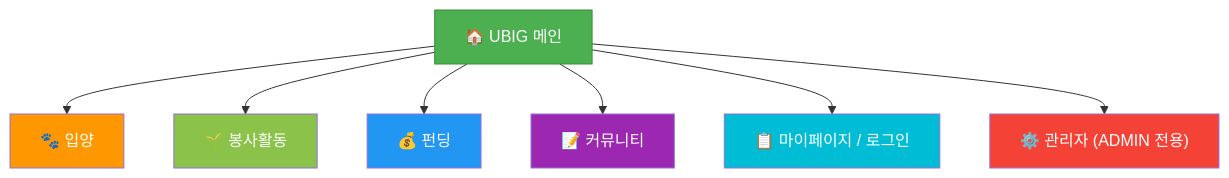
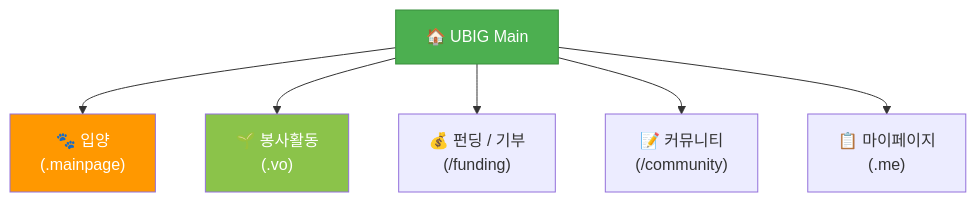
The first of 3 diagrams in ia.md (KJH-Portfolio/202511-stray-dog-volunteer), drawn with Mermaid before and after one commit. The commit also changed other lines of this file and 5 other files, not shown here.

````diff
--- a/ia.md
+++ b/ia.md
@@ -19,18 +19,13 @@
 ```mermaid
 graph TD
-    ROOT["🏠 UBIG 메인"]
-    ROOT --> NAV_ADOPT["🐾 입양"]
-    ROOT --> NAV_VOL["🌱 봉사활동"]
-    ROOT --> NAV_FUND["💰 펀딩"]
-    ROOT --> NAV_COMM["📝 커뮤니티"]
-    ROOT --> NAV_MY["📋 마이페이지 / 로그인"]
-    ROOT --> NAV_ADMIN["⚙️ 관리자 (ADMIN 전용)"]
+    ROOT["🏠 UBIG Main"]
+    ROOT --> NAV_ADOPT["🐾 입양<br/>(.mainpage)"]
+    ROOT --> NAV_VOL["🌱 봉사활동<br/>(.vo)"]
+    ROOT --> NAV_FUND["💰 펀딩 / 기부<br/>(/funding)"]
+    ROOT --> NAV_COMM["📝 커뮤니티<br/>(/community)"]
+    ROOT --> NAV_MY["📋 마이페이지<br/>(.me)"]
 
     style ROOT fill:#4CAF50,color:#fff,stroke:#388E3C
     style NAV_ADOPT fill:#FF9800,color:#fff
     style NAV_VOL fill:#8BC34A,color:#fff
-    style NAV_FUND fill:#2196F3,color:#fff
-    style NAV_COMM fill:#9C27B0,color:#fff
-    style NAV_MY fill:#00BCD4,color:#fff
-    style NAV_ADMIN fill:#F44336,color:#fff
 ```
````
